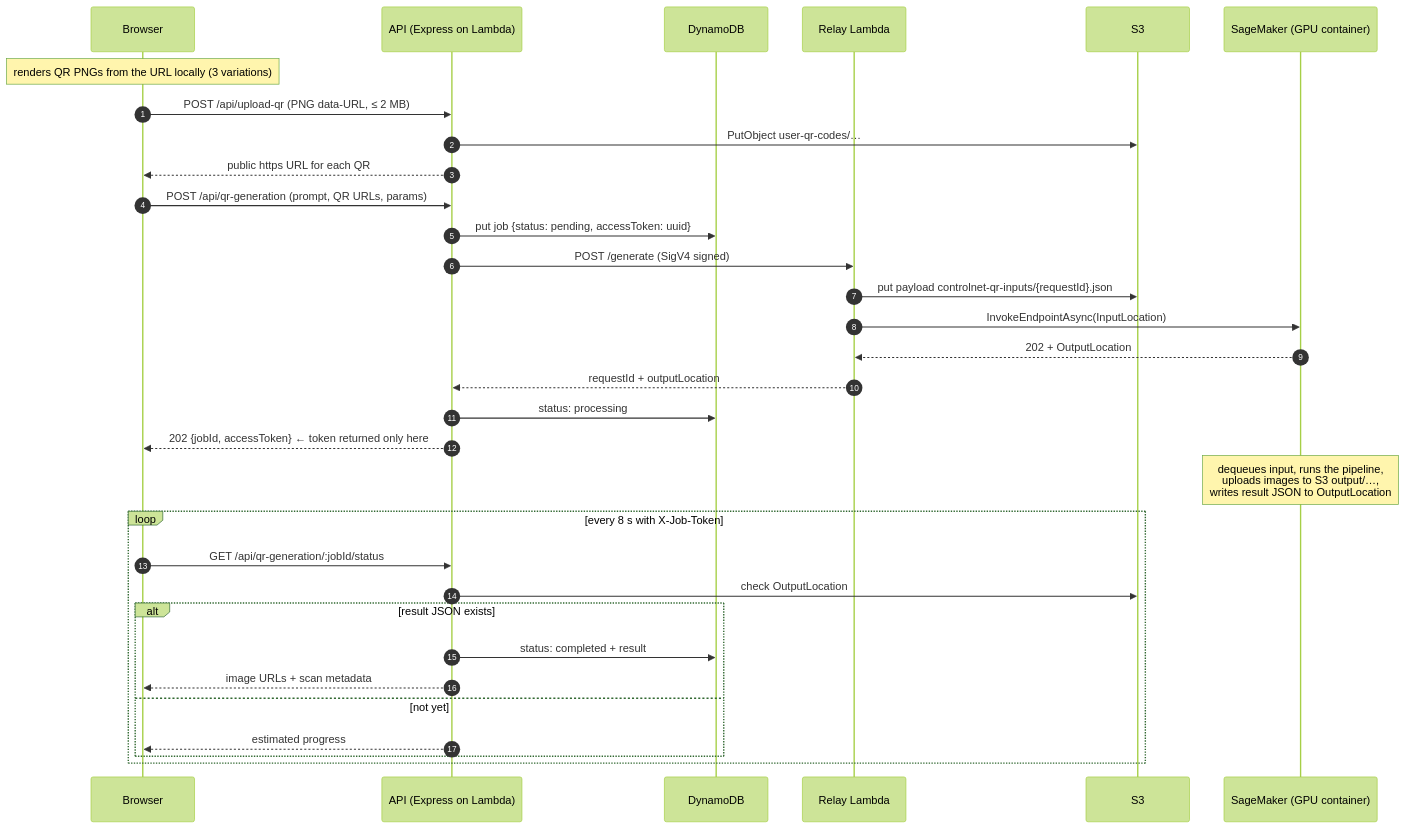
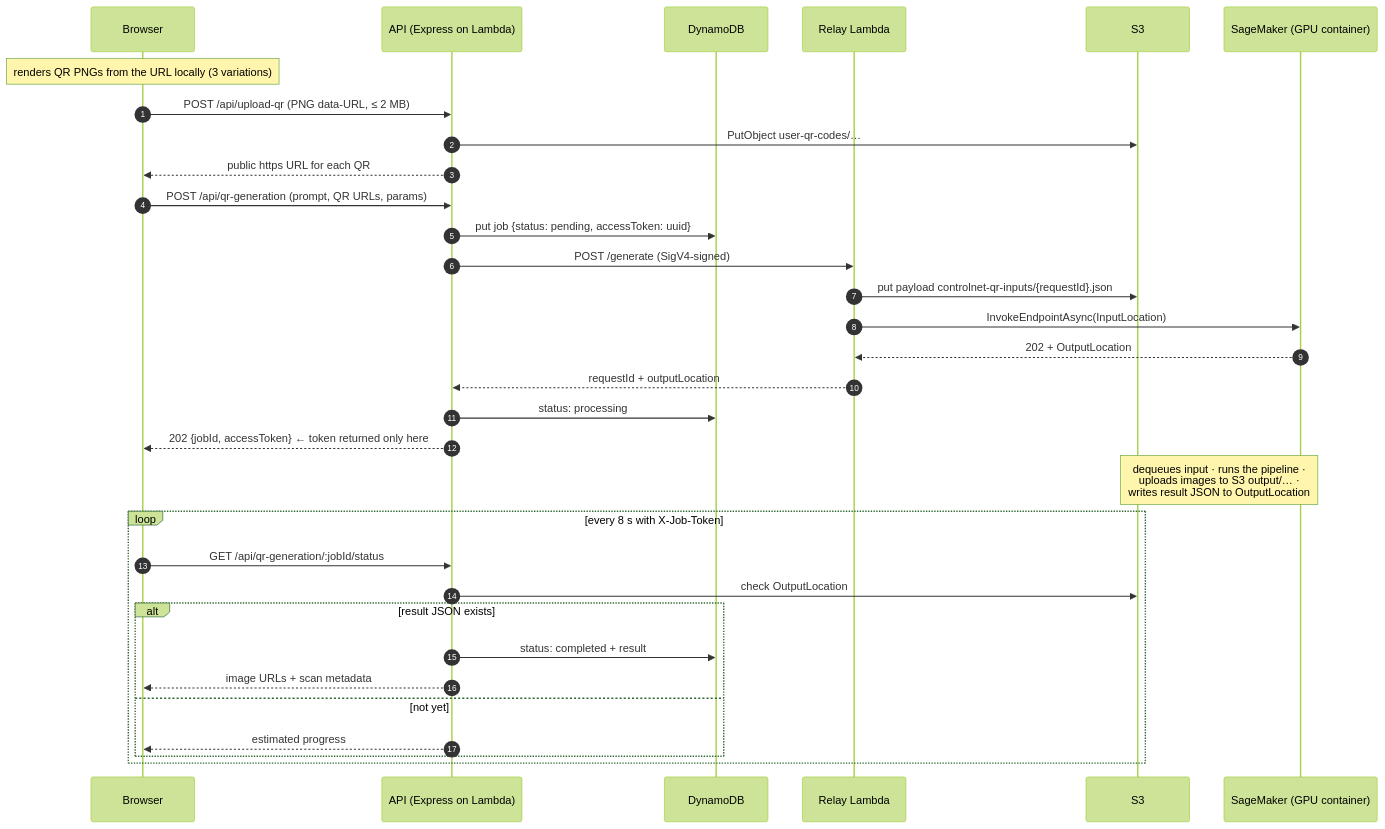
Before and after one commit to sergiocrol/qraft: the second of 6 diagrams in README.md, drawn with Mermaid (forest theme). The commit also changed other lines of this file and 1 other file, not shown here.

````diff
--- a/README.md
+++ b/README.md
@@ -147,35 +180,35 @@
 ```mermaid
 sequenceDiagram
     autonumber
     participant B as Browser
     participant A as API (Express on Lambda)
     participant D as DynamoDB
     participant R as Relay Lambda
     participant S3 as S3
     participant SM as SageMaker (GPU container)
 
     Note over B: renders QR PNGs from the URL locally (3 variations)
     B->>A: POST /api/upload-qr (PNG data-URL, ≤ 2 MB)
     A->>S3: PutObject user-qr-codes/…
     A-->>B: public https URL for each QR
     B->>A: POST /api/qr-generation (prompt, QR URLs, params)
     A->>D: put job {status: pending, accessToken: uuid}
-    A->>R: POST /generate (SigV4 signed)
+    A->>R: POST /generate (SigV4-signed)
     R->>S3: put payload controlnet-qr-inputs/{requestId}.json
     R->>SM: InvokeEndpointAsync(InputLocation)
     SM-->>R: 202 + OutputLocation
     R-->>A: requestId + outputLocation
     A->>D: status: processing
     A-->>B: 202 {jobId, accessToken} ← token returned only here
-    Note over SM: dequeues input, runs the pipeline,<br/>uploads images to S3 output/…,<br/>writes result JSON to OutputLocation
+    Note over S3,SM: dequeues input · runs the pipeline ·<br/>uploads images to S3 output/… ·<br/>writes result JSON to OutputLocation
     loop every 8 s with X-Job-Token
         B->>A: GET /api/qr-generation/:jobId/status
         A->>S3: check OutputLocation
         alt result JSON exists
             A->>D: status: completed + result
             A-->>B: image URLs + scan metadata
         else not yet
             A-->>B: estimated progress
         end
     end
 ```
````
